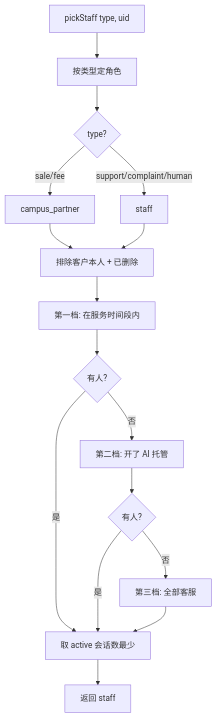
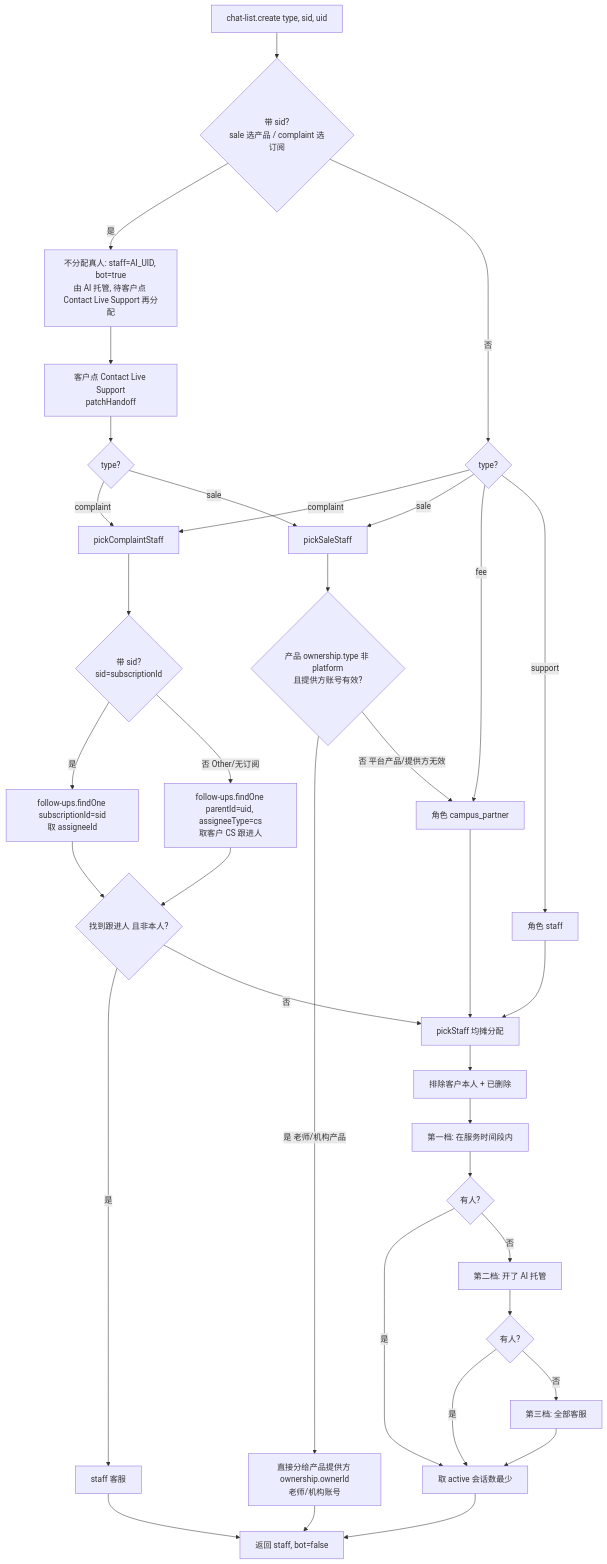
The seventh of 8 diagrams in fio/chat.md (zran-nz/doc), drawn with Mermaid before and after one commit. The commit also changed other lines of this file, not shown here.

````diff
--- a/fio/chat.md
+++ b/fio/chat.md
@@ -151,18 +167,38 @@
 ```mermaid
 flowchart TD
-    A[pickStaff type, uid] --> B[按类型定角色]
-    B --> C{type?}
-    C -- sale/fee --> D[campus_partner]
-    C -- support/complaint/human --> E[staff]
-    D --> F[排除客户本人 + 已删除]
-    E --> F
+    A[chat-list.create type, sid, uid] --> B{带 sid?\nsale 选产品 / complaint 选订阅}
+    B -- 是 --> BOT[不分配真人: staff=AI_UID, bot=true\n由 AI 托管, 待客户点 Contact Live Support 再分配]
+    B -- 否 --> T{type?}
+    BOT --> HF[客户点 Contact Live Support\npatchHandoff]
+    HF --> HT{type?}
+    HT -- complaint --> CP
+    HT -- sale --> SP
+    T -- complaint --> CP[pickComplaintStaff]
+    CP --> CP1{带 sid?\nsid=subscriptionId}
+    CP1 -- 是 --> CP2[follow-ups.findOne subscriptionId=sid\n取 assigneeId]
+    CP1 -- 否 Other/无订阅 --> CP3[follow-ups.findOne parentId=uid, assigneeType=cs\n取客户 CS 跟进人]
+    CP2 --> CP4{找到跟进人 且非本人?}
+    CP3 --> CP4
+    CP4 -- 是 --> ST[staff 客服]
+    CP4 -- 否 --> PS
+    T -- sale --> SP[pickSaleStaff]
+    SP --> SP1{产品 ownership.type 非 platform\n且提供方账号有效?}
+    SP1 -- 是 老师/机构产品 --> SP2[直接分给产品提供方 ownership.ownerId\n老师/机构账号]
+    SP1 -- 否 平台产品/提供方无效 --> D
+    T -- fee --> D[角色 campus_partner]
+    T -- support --> E[角色 staff]
+    SP2 --> M
+    D --> PS[pickStaff 均摊分配]
+    E --> PS
+    PS --> F[排除客户本人 + 已删除]
     F --> G[第一档: 在服务时间段内]
     G --> H{有人?}
     H -- 是 --> I[取 active 会话数最少]
     H -- 否 --> J[第二档: 开了 AI 托管]
     J --> K{有人?}
     K -- 是 --> I
     K -- 否 --> L[第三档: 全部客服]
     L --> I
-    I --> M[返回 staff]
+    I --> M[返回 staff, bot=false]
+    ST --> M
 ```
````
